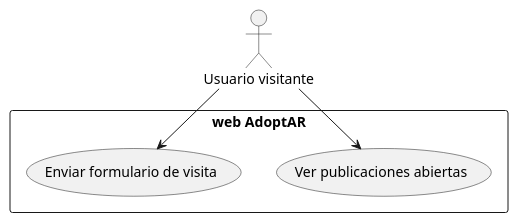
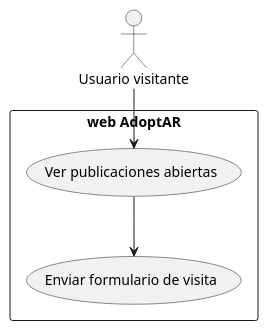
Before and after one commit to fedef1982/2025-TUP-Prog3-TP-Grupo2: the diagram in documentacion/diagramas/casos_de_uso2.puml, drawn with PlantUML. The commit also changed 3 other files, not shown here.

```diff
--- a/documentacion/diagramas/casos_de_uso2.puml
+++ b/documentacion/diagramas/casos_de_uso2.puml
@@ -1,18 +1,18 @@
-@startuml
+@startuml caso de uso 2
 
 'caso de uso 2 
 'Usuario visitante (no autenticado): Ver publicaciones abiertas o Enviar formulario de visita
 
 actor "Usuario visitante" as Visitante
 
 rectangle "web AdoptAR" {
     
     (Ver publicaciones abiertas) as VerPublicaciones
     (Enviar formulario de visita) as EnviarFormulario
     
 }
 
 Visitante --> VerPublicaciones
-Visitante --> EnviarFormulario
+VerPublicaciones --> EnviarFormulario
 
 @enduml
```
